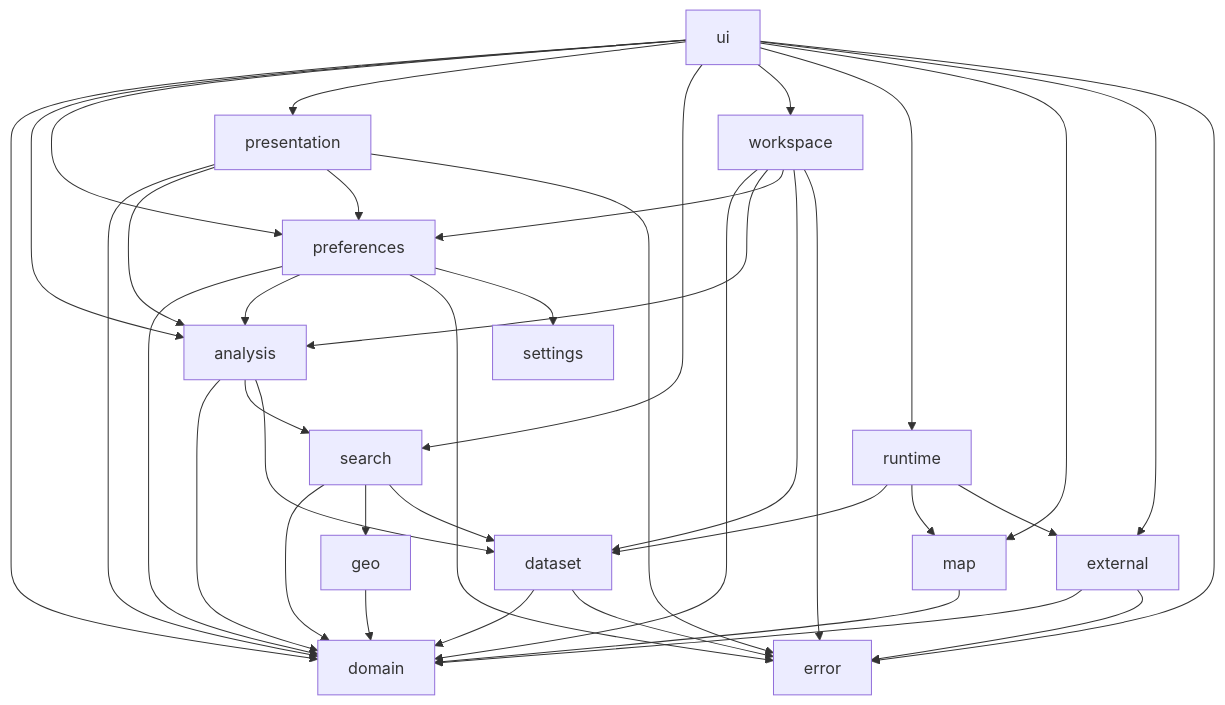
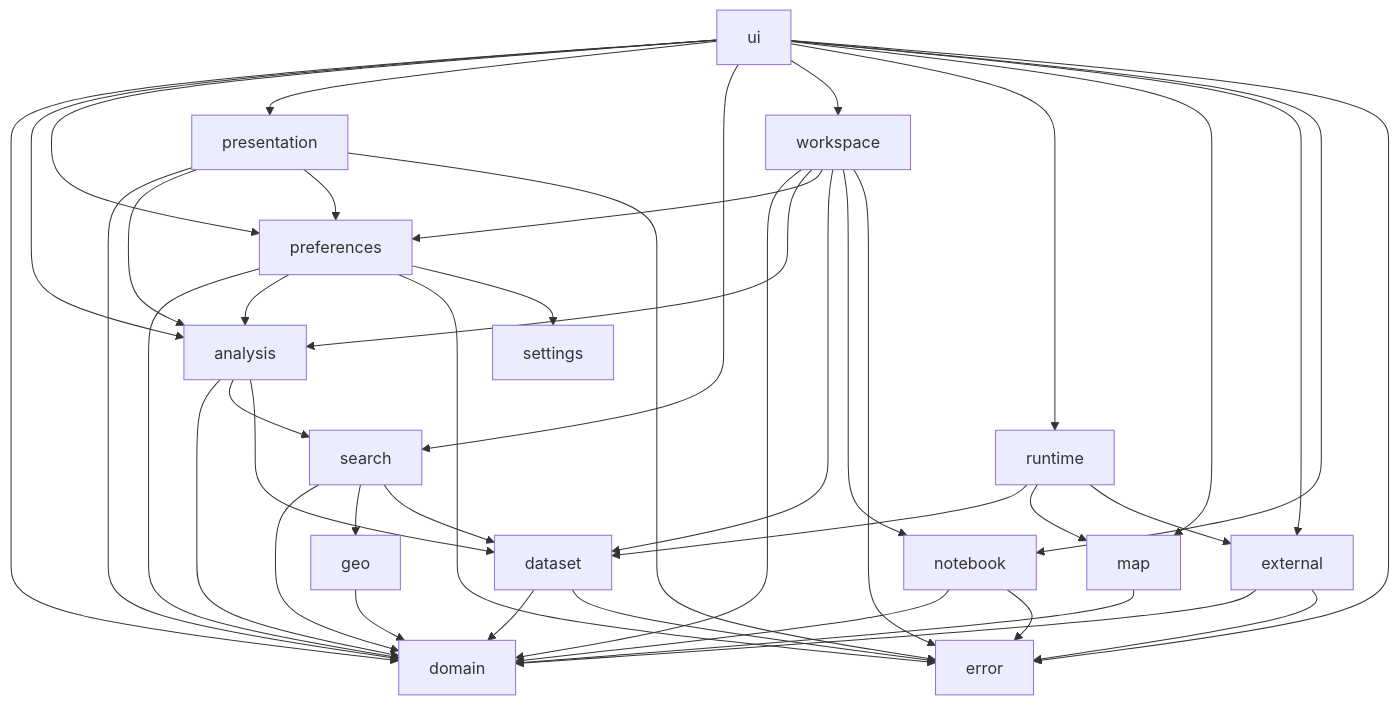
One commit to folk21/osmapdigger changed the second of 2 diagrams in mobile/README.md. Above: the diagram before and after it, drawn with Mermaid. The commit also changed other lines of this file and 32 other files, not shown here.

````diff
--- a/mobile/README.md
+++ b/mobile/README.md
@@ -32,44 +32,48 @@
 ```mermaid
 flowchart TD
     ERROR[error]
     SETTINGS[settings]
     DOMAIN[domain]
     GEO[geo] --> DOMAIN
     DATASET[dataset] --> DOMAIN
     DATASET --> ERROR
     MAP[map] --> DOMAIN
     EXTERNAL[external] --> DOMAIN
     EXTERNAL --> ERROR
+    NOTEBOOK[notebook] --> DOMAIN
+    NOTEBOOK --> ERROR
     SEARCH[search] --> DOMAIN
     SEARCH --> GEO
     SEARCH --> DATASET
     ANALYSIS[analysis] --> DOMAIN
     ANALYSIS --> SEARCH
     ANALYSIS --> DATASET
     PREFS[preferences] --> DOMAIN
     PREFS --> ANALYSIS
     PREFS --> ERROR
     PREFS --> SETTINGS
     PRESENT[presentation] --> DOMAIN
     PRESENT --> ANALYSIS
     PRESENT --> PREFS
     PRESENT --> ERROR
     WORKSPACE[workspace] --> DOMAIN
     WORKSPACE --> ANALYSIS
     WORKSPACE --> PREFS
     WORKSPACE --> DATASET
+    WORKSPACE --> NOTEBOOK
     WORKSPACE --> ERROR
     RUNTIME[runtime] --> DATASET
     RUNTIME --> MAP
     RUNTIME --> EXTERNAL
     UI[ui] --> DOMAIN
     UI --> ANALYSIS
     UI --> PREFS
     UI --> PRESENT
     UI --> SEARCH
     UI --> WORKSPACE
     UI --> RUNTIME
     UI --> MAP
     UI --> EXTERNAL
+    UI --> NOTEBOOK
     UI --> ERROR
 ```
````
